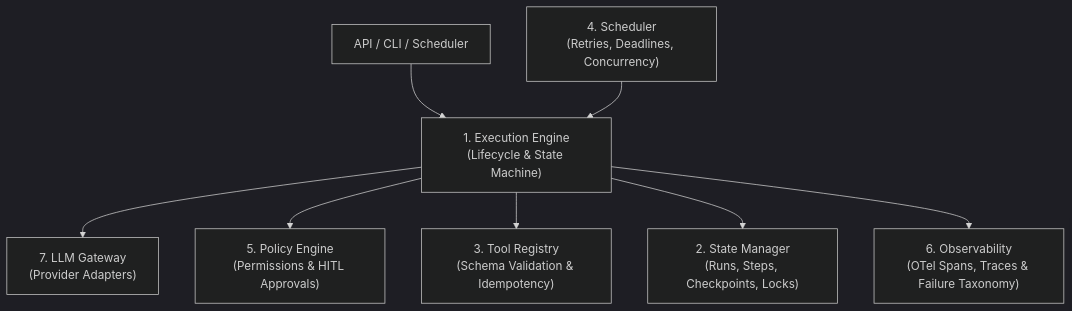
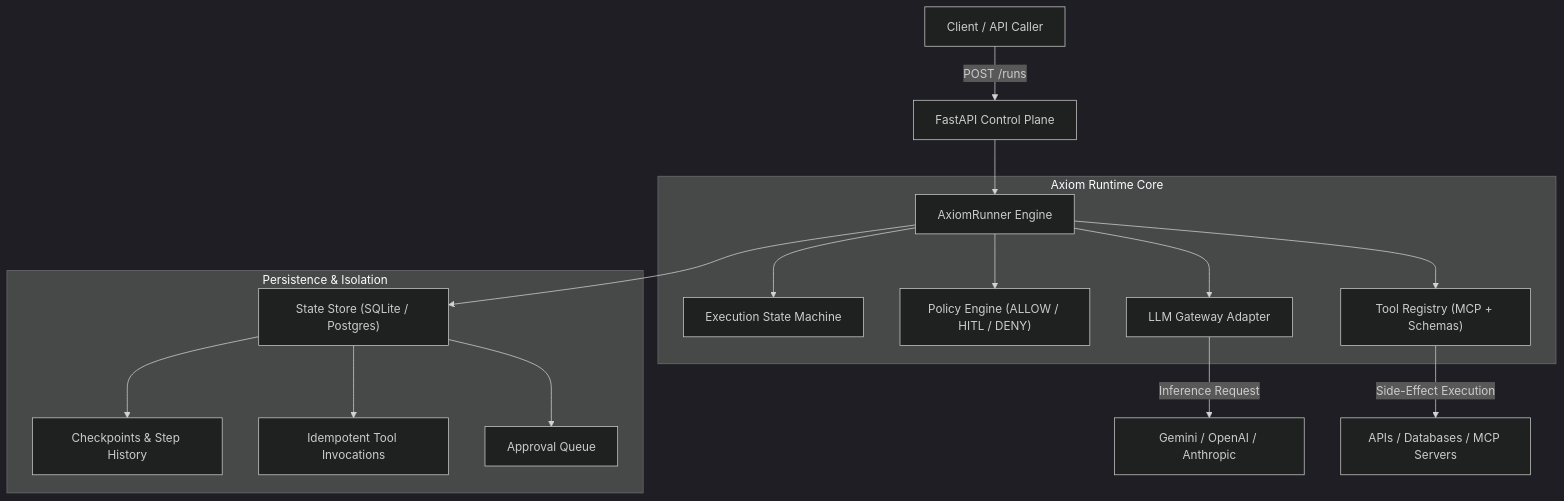
Before and after one commit to Davedave001/axiom-runtime: the diagram in docs/02-architecture-spec.md, drawn with Mermaid (dark theme). The commit also changed other lines of this file and 3 other files, not shown here.

Commit message:
docs & ci: add architecture spec, scope non-goals, Dockerfile, and CI workflow

````diff
--- a/docs/02-architecture-spec.md
+++ b/docs/02-architecture-spec.md
@@ -6,10 +5,22 @@
 ```mermaid
-flowchart TB
-    Client["API / CLI / Scheduler"] --> Engine["1. Execution Engine<br/>(Lifecycle & State Machine)"]
-    Engine --> Gateway["7. LLM Gateway<br/>(Provider Adapters)"]
-    Engine --> Policy["5. Policy Engine<br/>(Permissions & HITL Approvals)"]
-    Engine --> Tools["3. Tool Registry<br/>(Schema Validation & Idempotency)"]
-    Engine --> State["2. State Manager<br/>(Runs, Steps, Checkpoints, Locks)"]
-    Scheduler["4. Scheduler<br/>(Retries, Deadlines, Concurrency)"] --> Engine
-    Engine --> Telemetry["6. Observability<br/>(OTel Spans, Traces & Failure Taxonomy)"]
+flowchart TD
+    Client["Client / API Caller"] -->|"POST /runs"| API["FastAPI Control Plane"]
+    API --> Runner["AxiomRunner Engine"]
+    
+    subgraph Core["Axiom Runtime Core"]
+        Runner --> SM["Execution State Machine"]
+        Runner --> Policy["Policy Engine (ALLOW / HITL / DENY)"]
+        Runner --> Registry["Tool Registry (MCP + Schemas)"]
+        Runner --> Gateway["LLM Gateway Adapter"]
+    end
+    
+    subgraph Storage["Persistence & Isolation"]
+        Runner --> Store["State Store (SQLite / Postgres)"]
+        Store --> Checkpoints["Checkpoints & Step History"]
+        Store --> Invocations["Idempotent Tool Invocations"]
+        Store --> Approvals["Approval Queue"]
+    end
+    
+    Gateway -->|"Inference Request"| Models["Gemini / OpenAI / Anthropic"]
+    Registry -->|"Side-Effect Execution"| ExternalTools["APIs / Databases / MCP Servers"]
 ```
````
